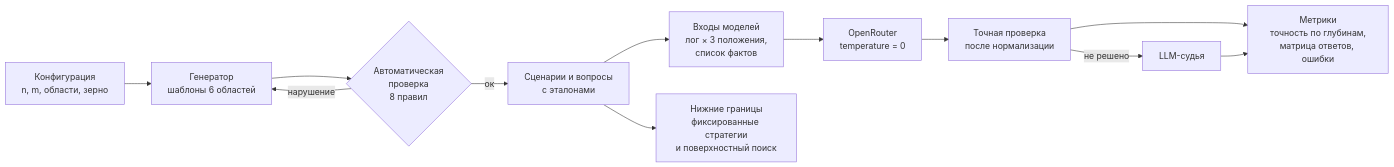
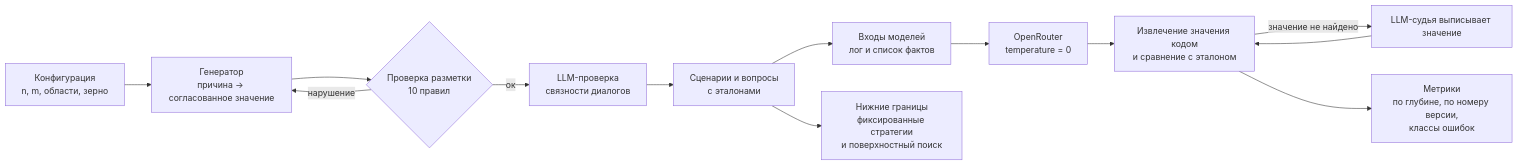
Before and after one commit to Hisoka742/stm-depth-bench: the diagram in README.md, drawn with Mermaid. The commit also changed other lines of this file and 1 other file, not shown here.

Commit message:
README для банковской версии, проверка судьи без «нет данных»

````diff
--- a/README.md
+++ b/README.md
@@ -68,14 +66,15 @@
 ```mermaid
 flowchart LR
-    A[Конфигурация<br/>n, m, области, зерно] --> B[Генератор<br/>шаблоны 6 областей]
-    B --> C{Автоматическая<br/>проверка<br/>8 правил}
+    A[Конфигурация<br/>n, m, области, зерно] --> B[Генератор<br/>причина → согласованное значение]
+    B --> C{Проверка разметки<br/>10 правил}
     C -- нарушение --> B
-    C -- ок --> D[Сценарии и вопросы<br/>с эталонами]
-    D --> E[Входы моделей<br/>лог × 3 положения,<br/>список фактов]
+    C -- ок --> L[LLM-проверка<br/>связности диалогов]
+    L --> D[Сценарии и вопросы<br/>с эталонами]
+    D --> E[Входы моделей<br/>лог и список фактов]
     D --> F[Нижние границы<br/>фиксированные стратегии<br/>и поверхностный поиск]
     E --> G[OpenRouter<br/>temperature = 0]
-    G --> H[Точная проверка<br/>после нормализации]
-    H -- не решено --> I[LLM-судья]
-    H --> J[Метрики<br/>точность по глубинам,<br/>матрица ответов, ошибки]
-    I --> J
+    G --> H[Извлечение значения кодом<br/>и сравнение с эталоном]
+    H -- значение не найдено --> I[LLM-судья выписывает значение]
+    I --> H
+    H --> J[Метрики<br/>по глубине, по номеру версии,<br/>классы ошибок]
 ```
````
